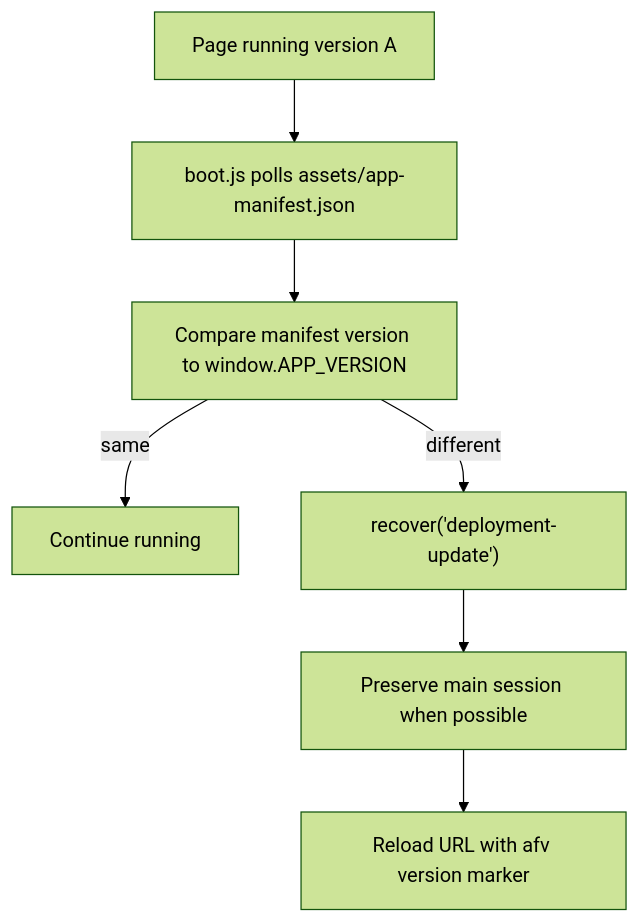
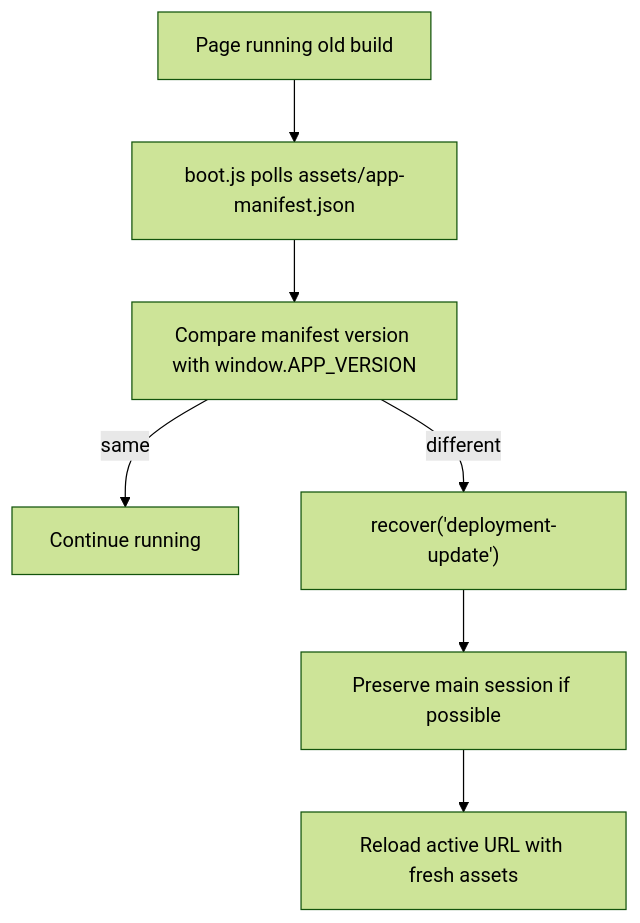
Before and after one commit to digitaldodo/visitor-management-system: the tenth of 42 diagrams in PROJECT_OVERVIEW.md, drawn with Mermaid (forest theme). The commit also changed other lines of this file and 1 other file, not shown here.

````diff
--- a/PROJECT_OVERVIEW.md
+++ b/PROJECT_OVERVIEW.md
@@ -212,9 +277,9 @@
 ```mermaid
 flowchart TD
-    Page["Page running version A"] --> Poll["boot.js polls assets/app-manifest.json"]
-    Poll --> Compare["Compare manifest version to window.APP_VERSION"]
+    OldPage["Page running old build"] --> Poll["boot.js polls assets/app-manifest.json"]
+    Poll --> Compare["Compare manifest version with window.APP_VERSION"]
     Compare -->|same| Continue["Continue running"]
     Compare -->|different| Recover["recover('deployment-update')"]
-    Recover --> Preserve["Preserve main session when possible"]
-    Preserve --> Reload["Reload URL with afv version marker"]
+    Recover --> Preserve["Preserve main session if possible"]
+    Preserve --> Reload["Reload active URL with fresh assets"]
 ```
````
